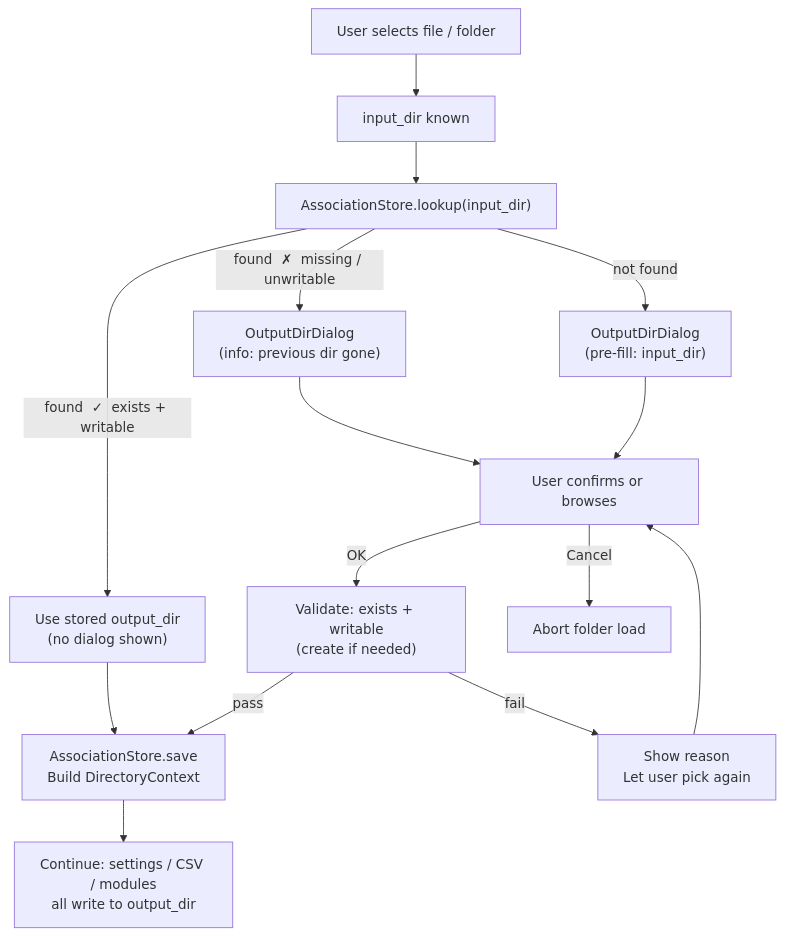
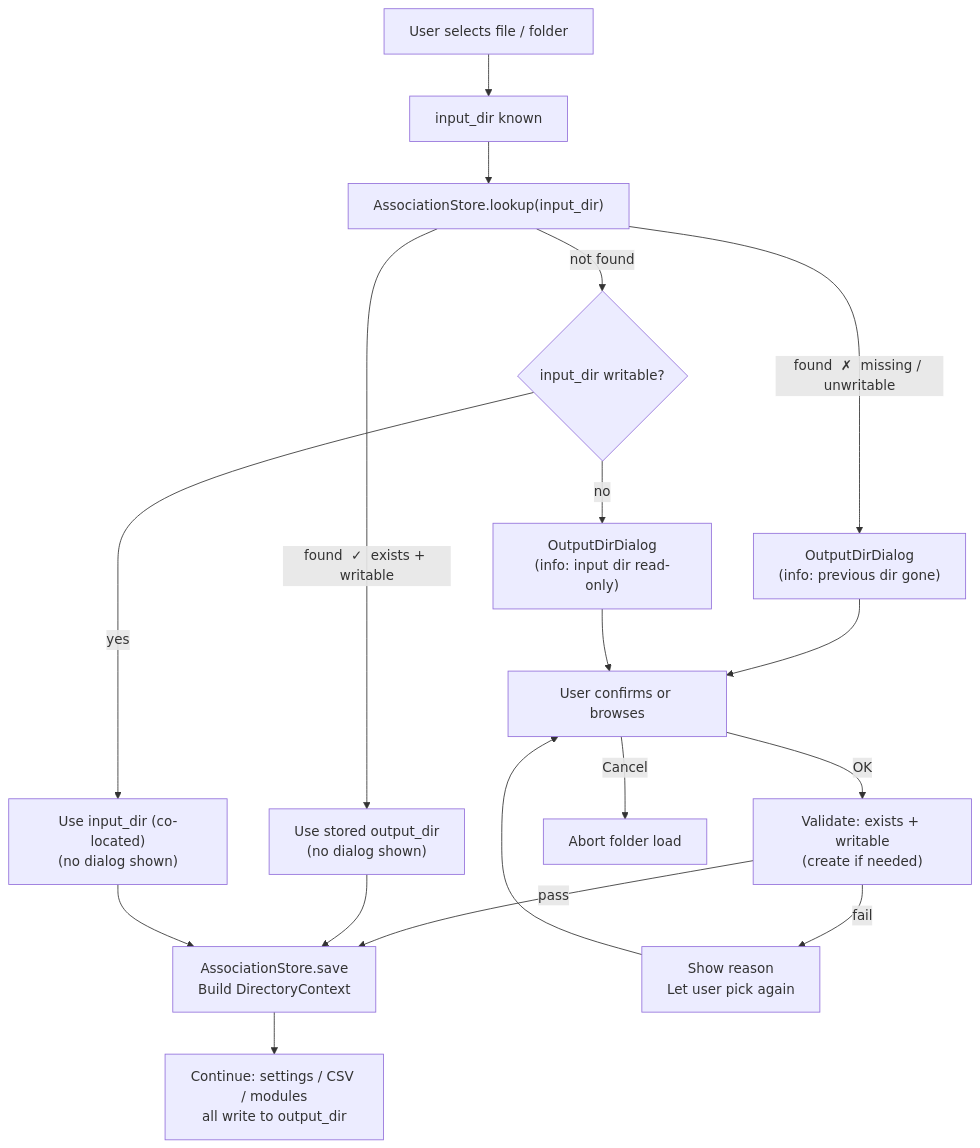
Before and after one commit to biocatiit/musclex: the first of 2 diagrams in dev_docs/Architecture/ReadWrite-Directory-Separation.md, drawn with Mermaid. The commit also changed other lines of this file, not shown here.

````diff
--- a/dev_docs/Architecture/ReadWrite-Directory-Separation.md
+++ b/dev_docs/Architecture/ReadWrite-Directory-Separation.md
@@ -99,22 +98,26 @@
 ```mermaid
 flowchart TD
     A["User selects file / folder"] --> B["input_dir known"]
     B --> C["AssociationStore.lookup(input_dir)"]
 
     C -->|"found  ✓  exists + writable"| D["Use stored output_dir\n(no dialog shown)"]
     C -->|"found  ✗  missing / unwritable"| E["OutputDirDialog\n(info: previous dir gone)"]
-    C -->|"not found"| F["OutputDirDialog\n(pre-fill: input_dir)"]
+    C -->|"not found"| F{"input_dir writable?"}
 
-    E --> G["User confirms or browses"]
-    F --> G
+    F -->|"yes"| G["Use input_dir (co-located)\n(no dialog shown)"]
+    F -->|"no"| H["OutputDirDialog\n(info: input dir read-only)"]
 
-    G -->|"OK"| H["Validate: exists + writable\n(create if needed)"]
-    H -->|"pass"| I["AssociationStore.save\nBuild DirectoryContext"]
-    H -->|"fail"| J["Show reason\nLet user pick again"]
-    J --> G
+    E --> I["User confirms or browses"]
+    H --> I
 
-    D --> I
-    I --> K["Continue: settings / CSV / modules\nall write to output_dir"]
+    I -->|"OK"| J["Validate: exists + writable\n(create if needed)"]
+    J -->|"pass"| K["AssociationStore.save\nBuild DirectoryContext"]
+    J -->|"fail"| L["Show reason\nLet user pick again"]
+    L --> I
 
-    G -->|"Cancel"| L["Abort folder load"]
+    D --> K
+    G --> K
+    K --> M["Continue: settings / CSV / modules\nall write to output_dir"]
+
+    I -->|"Cancel"| N["Abort folder load"]
 ```
````
